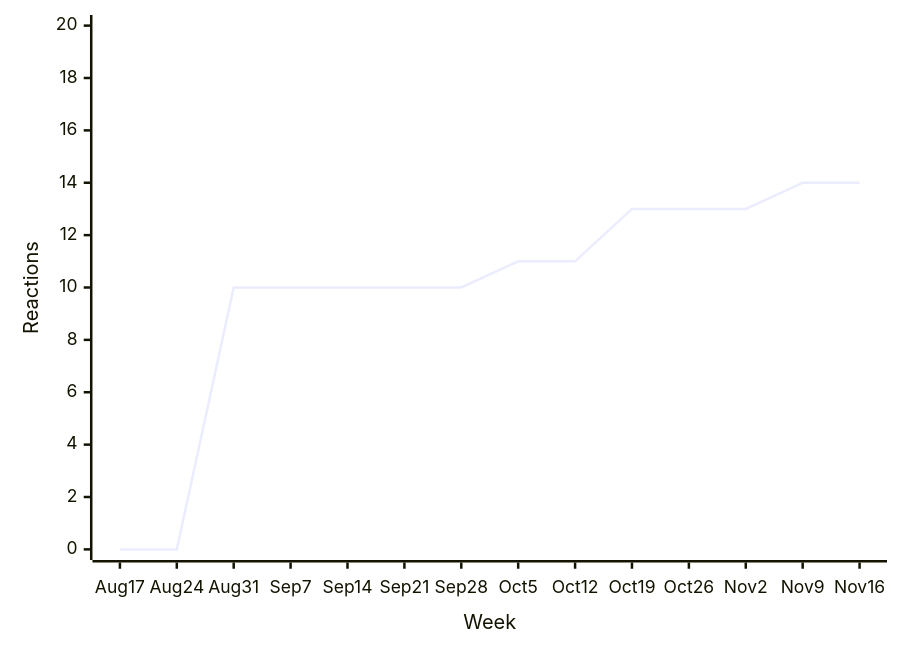
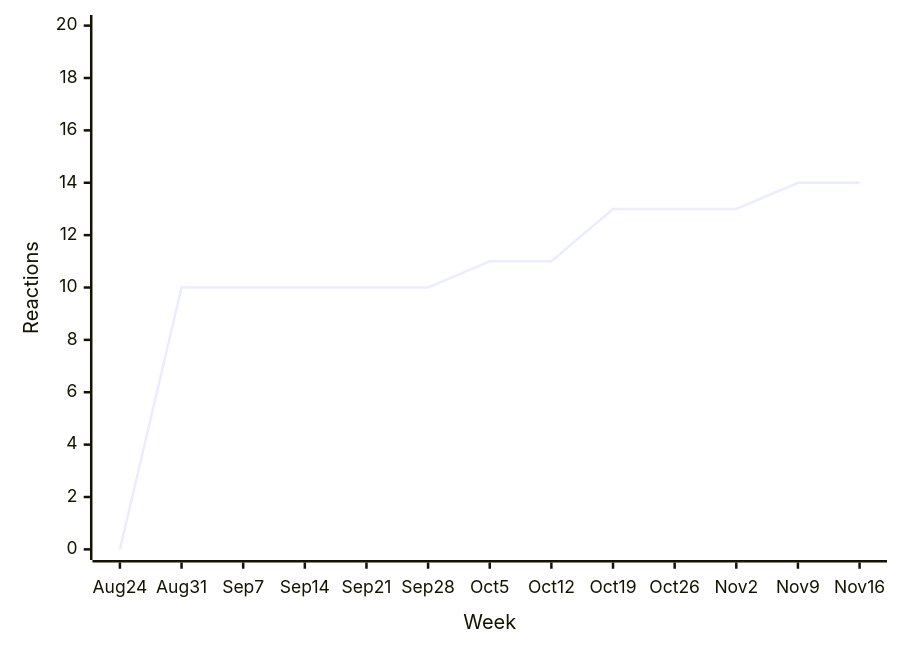
The eighth of 31 diagrams in README.md (loic-sharma/github-insights), drawn with Mermaid before and after one commit. The commit also changed other lines of this file and 3 other files, not shown here.

````diff
--- a/README.md
+++ b/README.md
@@ -443,6 +443,6 @@
   ```mermaid
   xychart-beta
-    x-axis "Week" [Aug 17, Aug 24, Aug 31, Sep 7, Sep 14, Sep 21, Sep 28, Oct 5, Oct 12, Oct 19, Oct 26, Nov 2, Nov 9, Nov 16]
+    x-axis "Week" [Aug 24, Aug 31, Sep 7, Sep 14, Sep 21, Sep 28, Oct 5, Oct 12, Oct 19, Oct 26, Nov 2, Nov 9, Nov 16]
     y-axis "Reactions" 0 --> 20
-    line [0, 0, 10, 10, 10, 10, 10, 11, 11, 13, 13, 13, 14, 14]
+    line [0, 10, 10, 10, 10, 10, 11, 11, 13, 13, 13, 14, 14]
   ```
````
